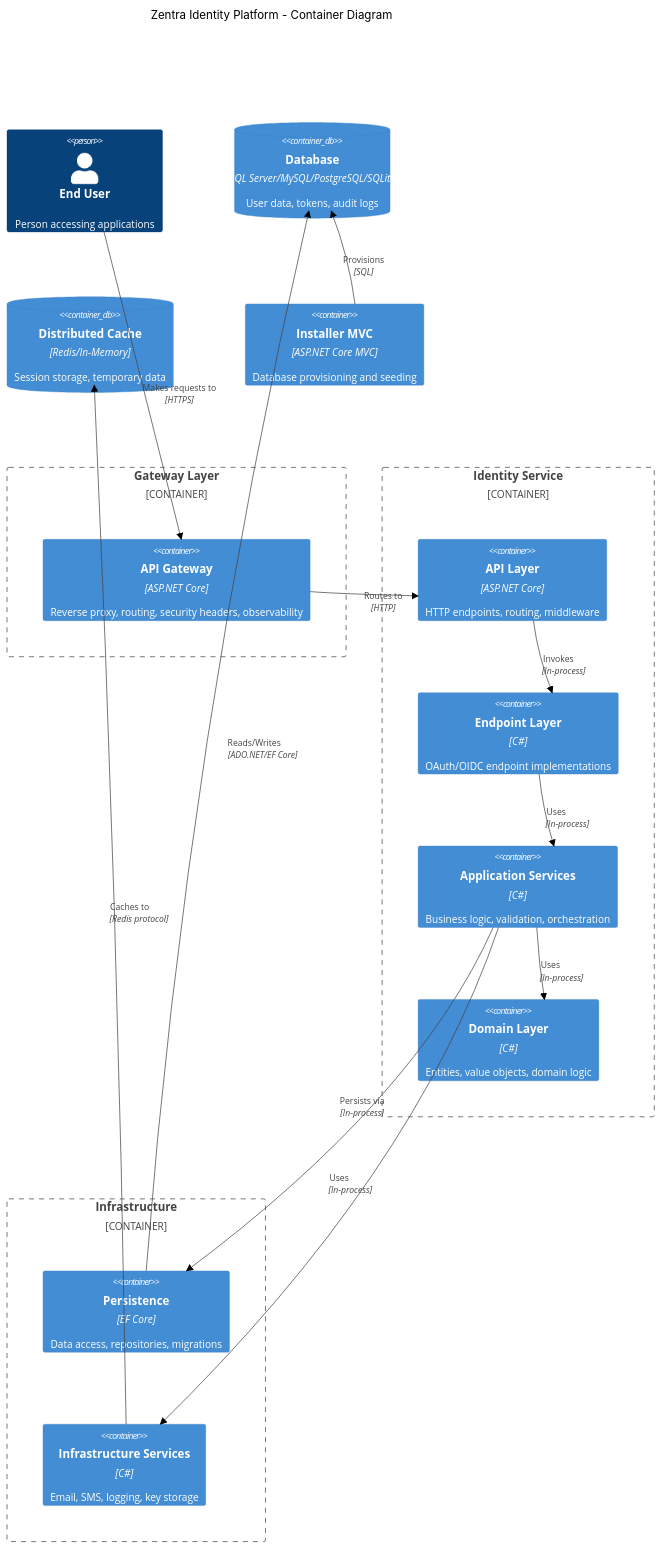
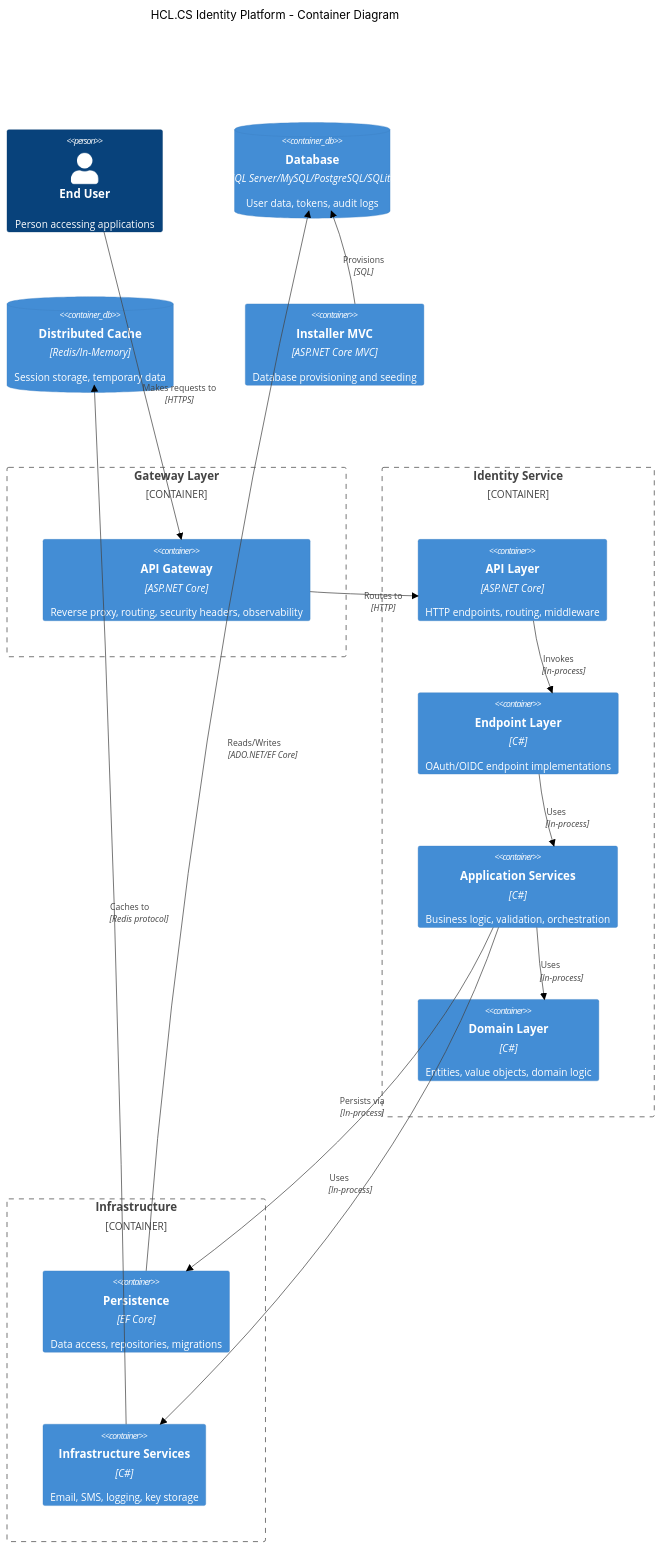
The second of 11 diagrams in docs/02-ARCHITECTURE.md (feroz-hub/SF), drawn with Mermaid (neutral theme) before and after one commit. The commit also changed other lines of this file and 2233 other files, not shown here.

````diff
--- a/docs/02-ARCHITECTURE.md
+++ b/docs/02-ARCHITECTURE.md
@@ -81,42 +81,42 @@
 ```mermaid
 C4Container
-    title Zentra Identity Platform - Container Diagram
+    title HCL.CS Identity Platform - Container Diagram
     
     Person(user, "End User", "Person accessing applications")
     
     Container_Boundary(gateway_boundary, "Gateway Layer") {
         Container(gateway, "API Gateway", "ASP.NET Core", "Reverse proxy, routing, security headers, observability")
     }
     
     Container_Boundary(identity_boundary, "Identity Service") {
         Container(api_layer, "API Layer", "ASP.NET Core", "HTTP endpoints, routing, middleware")
         Container(endpoint_layer, "Endpoint Layer", "C#", "OAuth/OIDC endpoint implementations")
         Container(service_layer, "Application Services", "C#", "Business logic, validation, orchestration")
         Container(domain_layer, "Domain Layer", "C#", "Entities, value objects, domain logic")
     }
     
     Container_Boundary(infra_boundary, "Infrastructure") {
         Container(persistence, "Persistence", "EF Core", "Data access, repositories, migrations")
         Container(infrastructure, "Infrastructure Services", "C#", "Email, SMS, logging, key storage")
     }
     
     ContainerDb(database, "Database", "SQL Server/MySQL/PostgreSQL/SQLite", "User data, tokens, audit logs")
     ContainerDb(cache, "Distributed Cache", "Redis/In-Memory", "Session storage, temporary data")
     
     Container(installer, "Installer MVC", "ASP.NET Core MVC", "Database provisioning and seeding")
     
     Rel(user, gateway, "Makes requests to", "HTTPS")
     Rel(gateway, api_layer, "Routes to", "HTTP")
     
     Rel(api_layer, endpoint_layer, "Invokes", "In-process")
     Rel(endpoint_layer, service_layer, "Uses", "In-process")
     Rel(service_layer, domain_layer, "Uses", "In-process")
     
     Rel(service_layer, persistence, "Persists via", "In-process")
     Rel(persistence, database, "Reads/Writes", "ADO.NET/EF Core")
     
     Rel(service_layer, infrastructure, "Uses", "In-process")
     Rel(infrastructure, cache, "Caches to", "Redis protocol")
     
     Rel(installer, database, "Provisions", "SQL")
 ```
````
